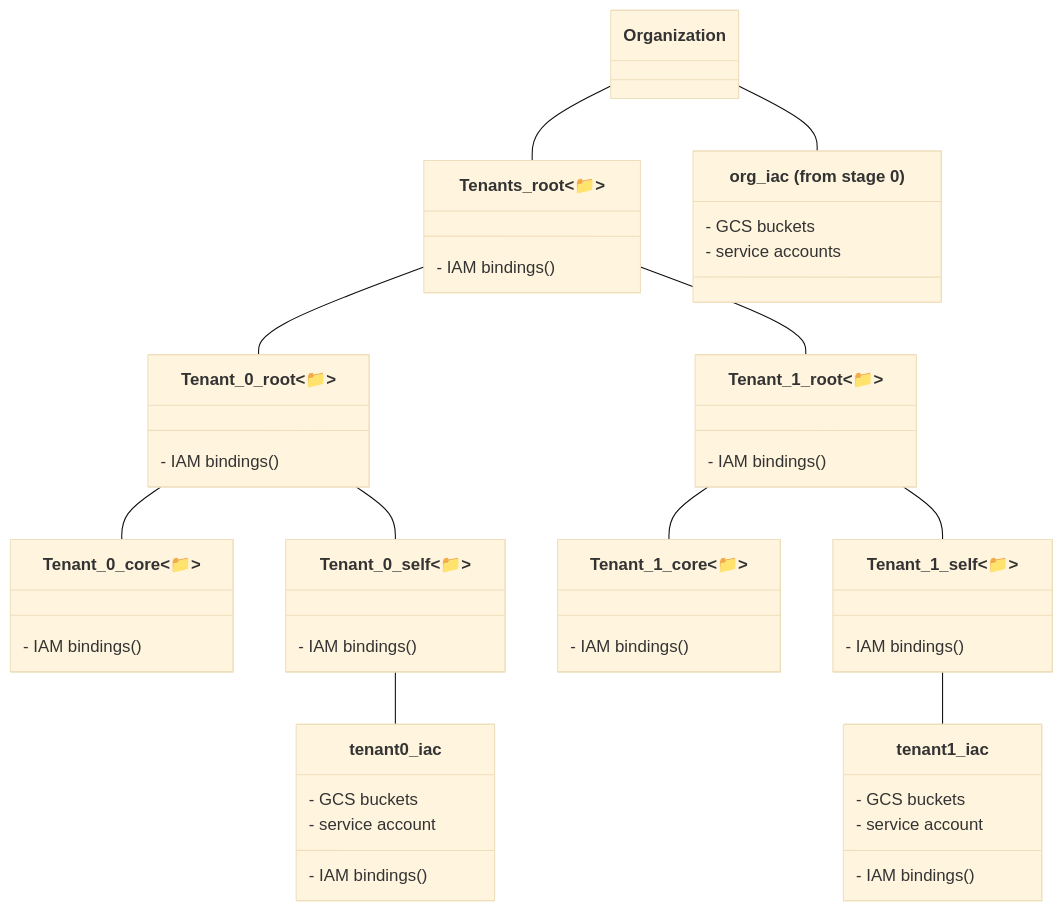
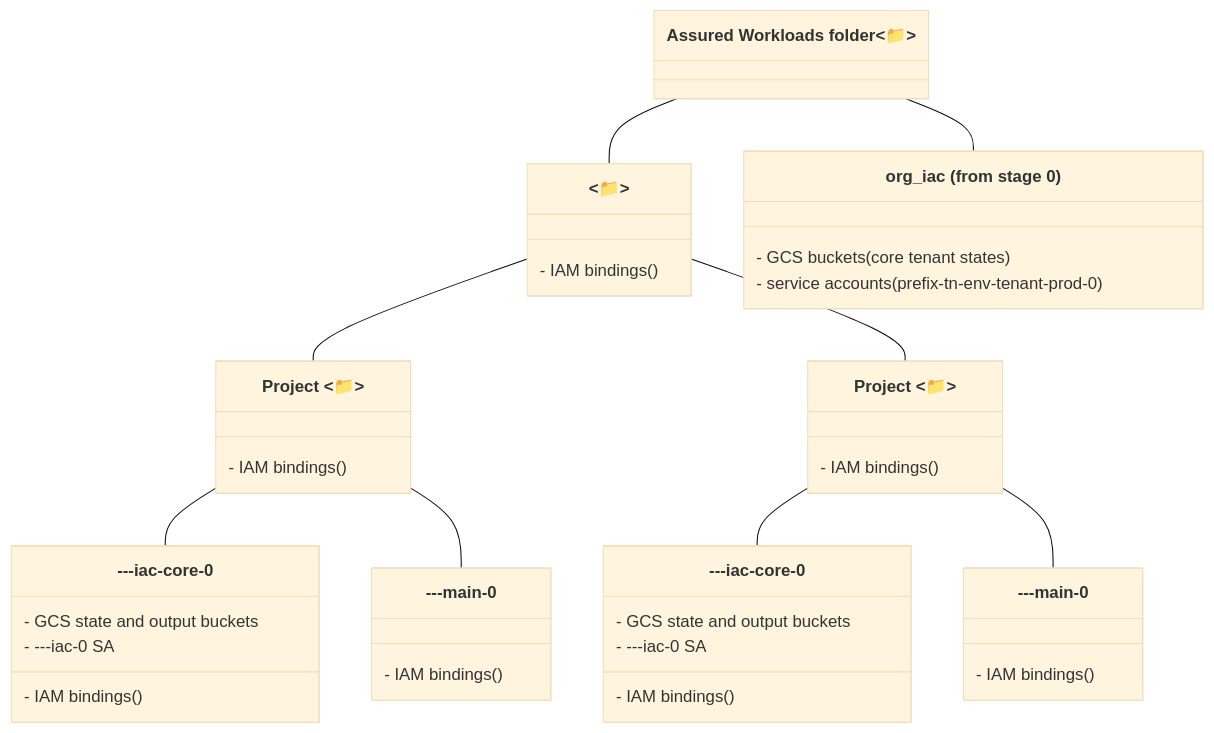
One commit to google/stellar-engine changed the diagram in fast/stages-aw/1-resman/README.md. Above: the diagram before and after it, drawn with Mermaid. The commit also changed other lines of this file and 6 other files, not shown here.

````diff
--- a/fast/stages-aw/1-resman/README.md
+++ b/fast/stages-aw/1-resman/README.md
@@ -58,49 +52,43 @@
 ```mermaid
 %%{init: {'theme':'base'}}%%
 classDiagram
-    Organization -- Tenants_root~📁~
-    Organization -- org_iac
-    Tenants_root~📁~ -- Tenant_0_root~📁~
-    Tenants_root~📁~ -- Tenant_1_root~📁~
-    Tenant_0_root~📁~ -- Tenant_0_core~📁~
-    Tenant_0_root~📁~ -- Tenant_0_self~📁~
-    Tenant_0_self~📁~ -- tenant0_iac
-    Tenant_1_root~📁~ -- Tenant_1_core~📁~
-    Tenant_1_root~📁~ -- Tenant_1_self~📁~
-    Tenant_1_self~📁~ -- tenant1_iac
+    Assured_Workloads~📁~ -- Environments_Env~📁~
+    Assured_Workloads~📁~ -- org_iac
+    Environments_Env~📁~ -- Tenant_0_folder~📁~
+    Environments_Env~📁~ -- Tenant_1_folder~📁~
+    Tenant_0_folder~📁~ -- tenant0_iac_core
+    Tenant_0_folder~📁~ -- tenant0_main
+    Tenant_1_folder~📁~ -- tenant1_iac_core
+    Tenant_1_folder~📁~ -- tenant1_main
+    class Assured_Workloads~📁~["Assured Workloads folder"] {
+    }
     class org_iac["org_iac (from stage 0)"] {
-        - GCS buckets
-        - service accounts
+        - GCS buckets (core tenant states)
+        - service accounts (prefix-tn-env-tenant-prod-0)
     }
-    class Tenants_root~📁~ {
+    class Environments_Env~📁~["<Regime> <Env>"] {
         - IAM bindings()
     }
-    class Tenant_0_root~📁~ {
+    class Tenant_0_folder~📁~["Project <ten1> <Env>"] {
         - IAM bindings()
     }
-    class Tenant_0_core~📁~ {
+    class tenant0_iac_core["<prefix>-<env>-<ten1>-iac-core-0"] {
+        - GCS state and output buckets
+        - <prefix>-<env>-<ten1>-iac-0 SA
         - IAM bindings()
     }
-    class Tenant_0_self~📁~ {
+    class tenant0_main["<prefix>-<env>-<ten1>-main-0"] {
         - IAM bindings()
     }
-    class tenant0_iac {
-        - GCS buckets
-        - service account
+    class Tenant_1_folder~📁~["Project <ten2> <Env>"] {
         - IAM bindings()
     }
-    class Tenant_1_root~📁~ {
+    class tenant1_iac_core["<prefix>-<env>-<ten2>-iac-core-0"] {
+        - GCS state and output buckets
+        - <prefix>-<env>-<ten2>-iac-0 SA
         - IAM bindings()
     }
-    class Tenant_1_core~📁~ {
-        - IAM bindings()
-    }
-    class Tenant_1_self~📁~ {
-        - IAM bindings()
-    }
-    class tenant1_iac {
-        - GCS buckets
-        - service account
+    class tenant1_main["<prefix>-<env>-<ten2>-main-0"] {
         - IAM bindings()
     }
 ```
````
